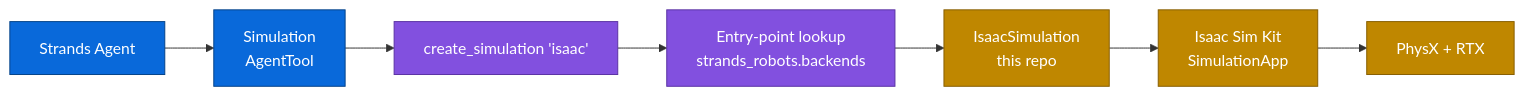
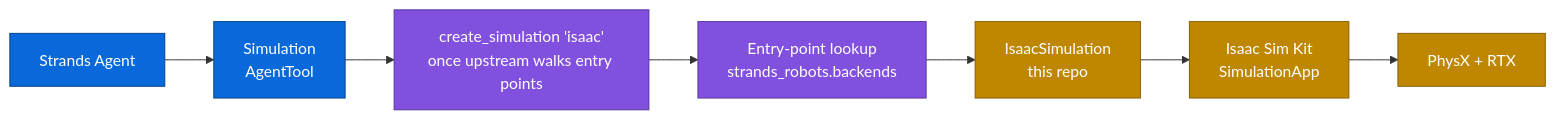
The diagram in README.md (yinsong1986/robots-sim), drawn with Mermaid before and after one commit. The commit also changed other lines of this file and 8 other files, not shown here.

First line of the commit message:
docs(quickstart): use direct IsaacSimulation constructor; entry-point discovery not live (closes #97)

````diff
--- a/README.md
+++ b/README.md
@@ -69,17 +75,17 @@
 ```mermaid
 graph LR
     A[Strands Agent] --> B[Simulation<br/>AgentTool]
-    B --> C[create_simulation 'isaac']
+    B --> C[create_simulation 'isaac'<br/>once upstream walks entry points]
     C --> D[Entry-point lookup<br/>strands_robots.backends]
     D --> E[IsaacSimulation<br/>this repo]
     E --> F[Isaac Sim Kit<br/>SimulationApp]
     F --> G[PhysX + RTX]
 
     classDef agent fill:#0969da,stroke:#044289,color:#fff
     classDef glue fill:#8250df,stroke:#5a32a3,color:#fff
     classDef plugin fill:#bf8700,stroke:#875e00,color:#fff
 
     class A,B agent
     class C,D glue
     class E,F,G plugin
 ```
````
